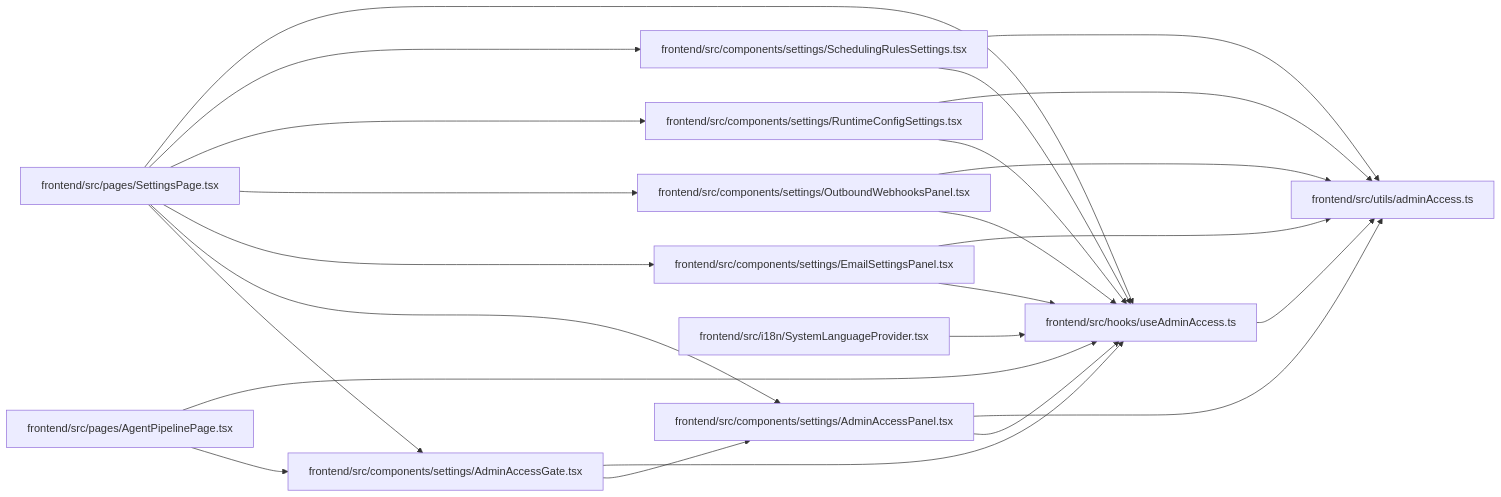
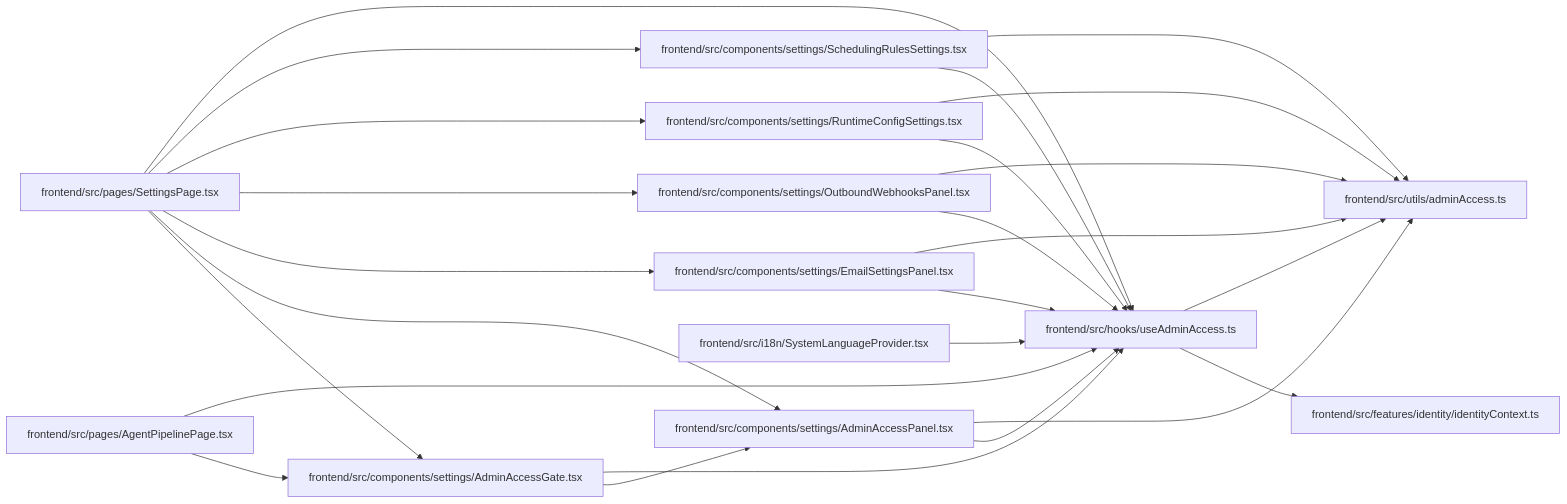
Before and after one commit to Denissvgn/WorkChord: the diagram in docs/llm_wiki/modules/useAdminAccess.md, drawn with Mermaid. The commit also changed other lines of this file and 958 other files, not shown here.

First line of the commit message:
docs(wiki): refresh identity and recovery architecture

````diff
--- a/docs/llm_wiki/modules/useAdminAccess.md
+++ b/docs/llm_wiki/modules/useAdminAccess.md
@@ -25,48 +26,51 @@
 ```mermaid
 flowchart LR
     n0["frontend/src/components/settings/AdminAccessGate.tsx"]
     n1["frontend/src/components/settings/AdminAccessPanel.tsx"]
     n2["frontend/src/components/settings/EmailSettingsPanel.tsx"]
     n3["frontend/src/components/settings/OutboundWebhooksPanel.tsx"]
     n4["frontend/src/components/settings/RuntimeConfigSettings.tsx"]
     n5["frontend/src/components/settings/SchedulingRulesSettings.tsx"]
-    n6["frontend/src/hooks/useAdminAccess.ts"]
-    n7["frontend/src/i18n/SystemLanguageProvider.tsx"]
-    n8["frontend/src/pages/AgentPipelinePage.tsx"]
-    n9["frontend/src/pages/SettingsPage.tsx"]
-    n10["frontend/src/utils/adminAccess.ts"]
+    n6["frontend/src/features/identity/identityContext.ts"]
+    n7["frontend/src/hooks/useAdminAccess.ts"]
+    n8["frontend/src/i18n/SystemLanguageProvider.tsx"]
+    n9["frontend/src/pages/AgentPipelinePage.tsx"]
+    n10["frontend/src/pages/SettingsPage.tsx"]
+    n11["frontend/src/utils/adminAccess.ts"]
     n0 --> n1
-    n0 --> n6
-    n1 --> n6
-    n1 --> n10
-    n2 --> n6
-    n2 --> n10
-    n3 --> n6
-    n3 --> n10
-    n4 --> n6
-    n4 --> n10
-    n5 --> n6
-    n5 --> n10
-    n6 --> n10
+    n0 --> n7
+    n1 --> n7
+    n1 --> n11
+    n2 --> n7
+    n2 --> n11
+    n3 --> n7
+    n3 --> n11
+    n4 --> n7
+    n4 --> n11
+    n5 --> n7
+    n5 --> n11
     n7 --> n6
-    n8 --> n0
-    n8 --> n6
+    n7 --> n11
+    n8 --> n7
     n9 --> n0
-    n9 --> n1
-    n9 --> n2
-    n9 --> n3
-    n9 --> n4
-    n9 --> n5
-    n9 --> n6
+    n9 --> n7
+    n10 --> n0
+    n10 --> n1
+    n10 --> n2
+    n10 --> n3
+    n10 --> n4
+    n10 --> n5
+    n10 --> n7
     click n0 "../modules/AdminAccessGate.md"
     click n1 "../modules/AdminAccessPanel.md"
     click n2 "../modules/EmailSettingsPanel.md"
     click n3 "../modules/OutboundWebhooksPanel.md"
     click n4 "../modules/RuntimeConfigSettings.md"
     click n5 "../modules/SchedulingRulesSettings.md"
-    click n6 "../modules/useAdminAccess.md"
-    click n7 "../modules/SystemLanguageProvider.md"
-    click n8 "../modules/AgentPipelinePage.md"
-    click n9 "../modules/SettingsPage.md"
-    click n10 "../modules/adminAccess.md"
+    click n6 "../modules/identityContext.md"
+    click n7 "../modules/useAdminAccess.md"
+    click n8 "../modules/SystemLanguageProvider.md"
+    click n9 "../modules/AgentPipelinePage.md"
+    click n10 "../modules/SettingsPage.md"
+    click n11 "../modules/adminAccess.md"
 ```
````
